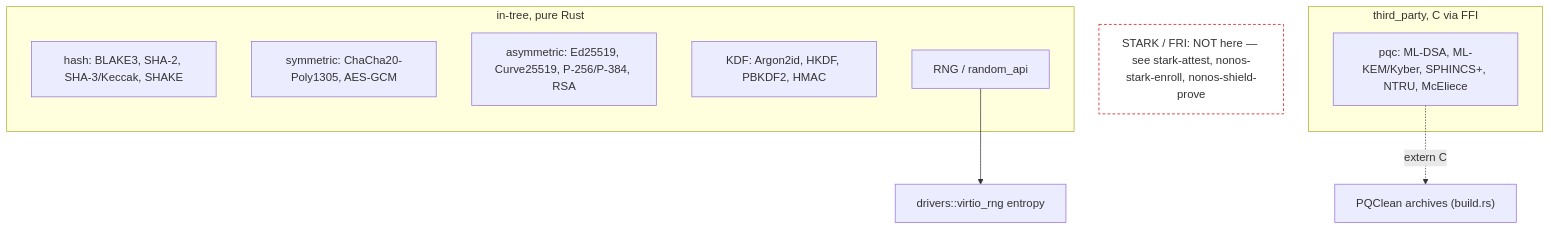
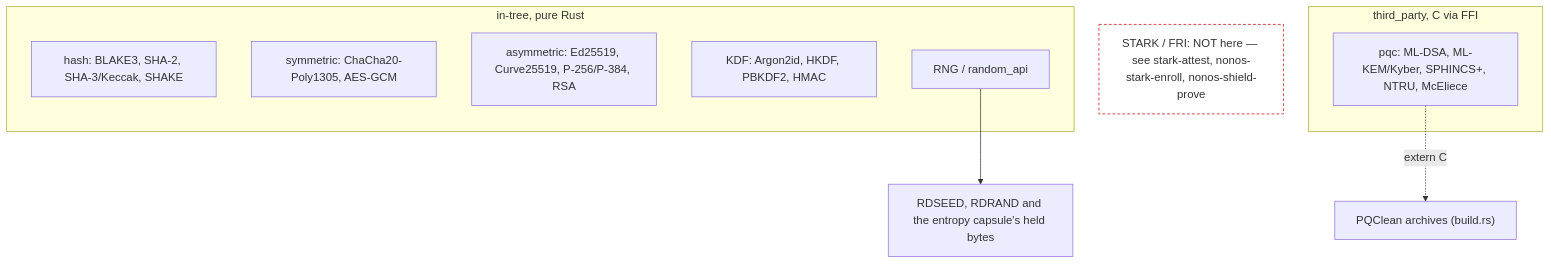
The diagram in docs/internals/crypto.md (NON-OS/microkernel), drawn with Mermaid before and after one commit. The commit also changed 10 other files, not shown here.

Commit message:
docs: entropy as left it, no kernel virtio-rng, the capsule's bytes tested and mixed

````diff
--- a/docs/internals/crypto.md
+++ b/docs/internals/crypto.md
@@ -9,17 +9,17 @@
 ```mermaid
 flowchart TB
     subgraph intree["in-tree, pure Rust"]
         hash["hash: BLAKE3, SHA-2, SHA-3/Keccak, SHAKE"]
         sym["symmetric: ChaCha20-Poly1305, AES-GCM"]
         asym["asymmetric: Ed25519, Curve25519, P-256/P-384, RSA"]
         kdf["KDF: Argon2id, HKDF, PBKDF2, HMAC"]
         rng["RNG / random_api"]
     end
     subgraph thirdparty["third_party, C via FFI"]
         pqc["pqc: ML-DSA, ML-KEM/Kyber, SPHINCS+, NTRU, McEliece"]
     end
     pqc -.extern C.-> pqclean["PQClean archives (build.rs)"]
-    rng --> hw["drivers::virtio_rng entropy"]
+    rng --> hw["RDSEED, RDRAND and the entropy capsule's held bytes"]
     note["STARK / FRI: NOT here — see stark-attest, nonos-stark-enroll, nonos-shield-prove"]:::out
     classDef out fill:#fff,stroke:#c00,stroke-dasharray:4 3;
 ```
````
